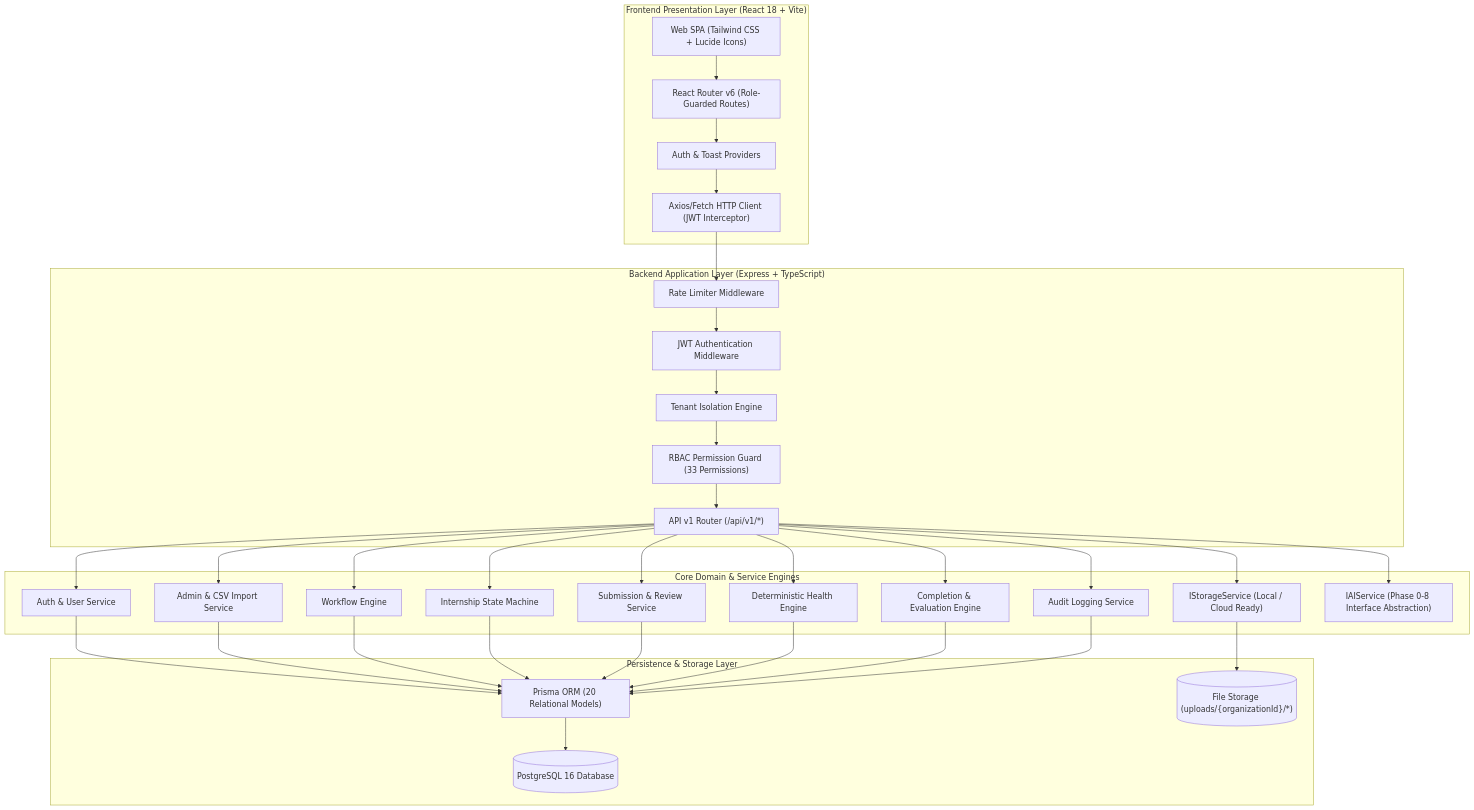
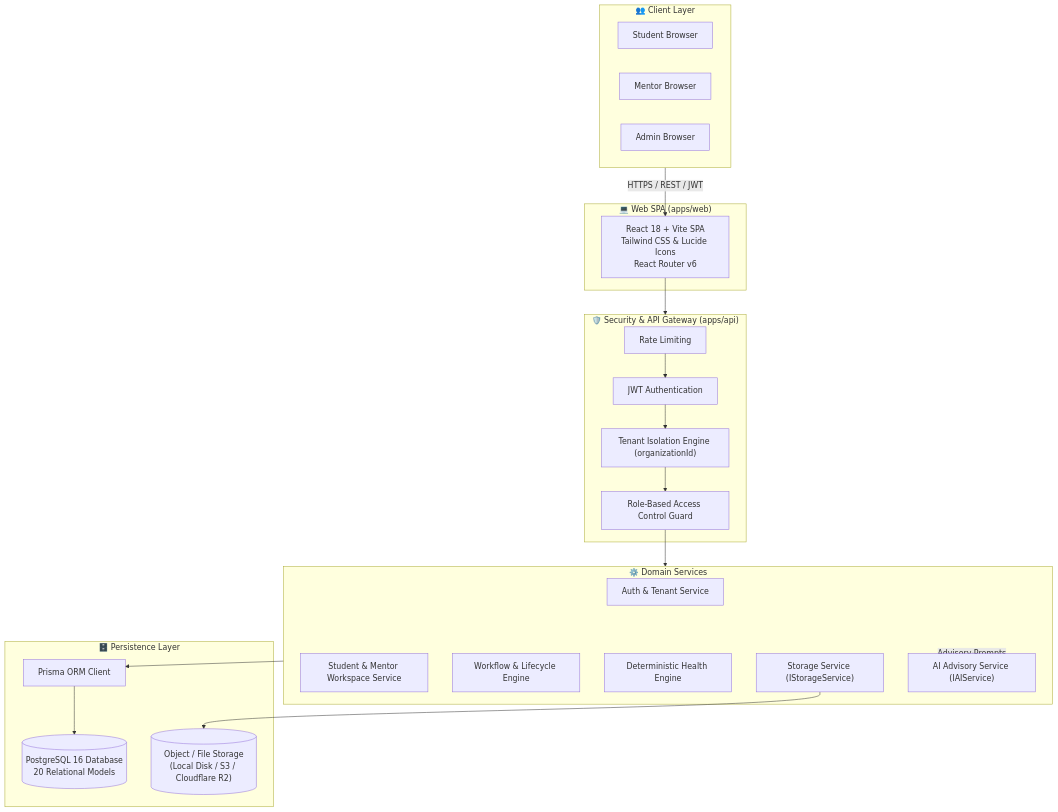
One commit to innocentgaming/Hack-2-Ignite-Move_37 changed the first of 4 diagrams in README.md. Above: the diagram before and after it, drawn with Mermaid. The commit also changed other lines of this file and 24 other files, not shown here.

````diff
--- a/README.md
+++ b/README.md
@@ -186,67 +149,42 @@
 ```mermaid
 flowchart TD
-    subgraph ClientLayer["Frontend Presentation Layer (React 18 + Vite)"]
-        UI["Web SPA (Tailwind CSS + Lucide Icons)"]
-        Router["React Router v6 (Role-Guarded Routes)"]
-        Context["Auth & Toast Providers"]
-        APIClient["Axios/Fetch HTTP Client (JWT Interceptor)"]
-        UI --> Router
-        Router --> Context
-        Context --> APIClient
+    subgraph Clients["👥 Client Layer"]
+        A["Student Browser"]
+        B["Mentor Browser"]
+        C["Admin Browser"]
     end
 
-    subgraph APILayer["Backend Application Layer (Express + TypeScript)"]
-        MW_RateLimit["Rate Limiter Middleware"]
-        MW_Auth["JWT Authentication Middleware"]
-        MW_Tenant["Tenant Isolation Engine"]
-        MW_RBAC["RBAC Permission Guard (33 Permissions)"]
-        Router_V1["API v1 Router (/api/v1/*)"]
-        
-        APIClient --> MW_RateLimit
-        MW_RateLimit --> MW_Auth
-        MW_Auth --> MW_Tenant
-        MW_Tenant --> MW_RBAC
-        MW_RBAC --> Router_V1
+    subgraph Web["💻 Web SPA (apps/web)"]
+        SPA["React 18 + Vite SPA<br/>Tailwind CSS & Lucide Icons<br/>React Router v6"]
     end
 
-    subgraph ServiceLayer["Core Domain & Service Engines"]
-        S_Auth["Auth & User Service"]
-        S_Admin["Admin & CSV Import Service"]
-        S_Workflow["Workflow Engine"]
-        S_State["Internship State Machine"]
-        S_Sub["Submission & Review Service"]
-        S_Health["Deterministic Health Engine"]
-        S_Comp["Completion & Evaluation Engine"]
-        S_Audit["Audit Logging Service"]
-        S_Storage["IStorageService (Local / Cloud Ready)"]
-        S_AIStub["IAIService (Phase 0-8 Interface Abstraction)"]
-        
-        Router_V1 --> S_Auth
-        Router_V1 --> S_Admin
-        Router_V1 --> S_Workflow
-        Router_V1 --> S_State
-        Router_V1 --> S_Sub
-        Router_V1 --> S_Health
-        Router_V1 --> S_Comp
-        Router_V1 --> S_Audit
-        Router_V1 --> S_Storage
-        Router_V1 --> S_AIStub
+    subgraph Gateway["🛡️ Security & API Gateway (apps/api)"]
+        RateLimit["Rate Limiting"]
+        AuthMiddleware["JWT Authentication"]
+        TenantMiddleware["Tenant Isolation Engine (organizationId)"]
+        RBACMiddleware["Role-Based Access Control Guard"]
     end
 
-    subgraph DataLayer["Persistence & Storage Layer"]
-        PrismaORM["Prisma ORM (20 Relational Models)"]
-        PostgresDB[("PostgreSQL 16 Database")]
-        FileStorage[("File Storage (uploads/{organizationId}/*)")]
-        
-        S_Auth --> PrismaORM
-        S_Admin --> PrismaORM
-        S_Workflow --> PrismaORM
-        S_State --> PrismaORM
-        S_Sub --> PrismaORM
-        S_Health --> PrismaORM
-        S_Comp --> PrismaORM
-        S_Audit --> PrismaORM
-        S_Storage --> FileStorage
-        PrismaORM --> PostgresDB
+    subgraph CoreServices["⚙️ Domain Services"]
+        AuthSvc["Auth & Tenant Service"]
+        StudentMentorSvc["Student & Mentor Workspace Service"]
+        WorkflowSvc["Workflow & Lifecycle Engine"]
+        HealthSvc["Deterministic Health Engine"]
+        StorageSvc["Storage Service (IStorageService)"]
+        AISvc["AI Advisory Service (IAIService)"]
     end
+
+    subgraph DataStore["🗄️ Persistence Layer"]
+        Prisma["Prisma ORM Client"]
+        Postgres[("PostgreSQL 16 Database<br/>20 Relational Models")]
+        ObjectStorage[("Object / File Storage<br/>(Local Disk / S3 / Cloudflare R2)")]
+    end
+
+    Clients -->|"HTTPS / REST / JWT"| SPA
+    SPA --> Gateway
+    RateLimit --> AuthMiddleware --> TenantMiddleware --> RBACMiddleware
+    RBACMiddleware --> CoreServices
+    CoreServices --> Prisma --> Postgres
+    StorageSvc --> ObjectStorage
+    CoreServices -.->|"Advisory Prompts"| AISvc
 ```
````
